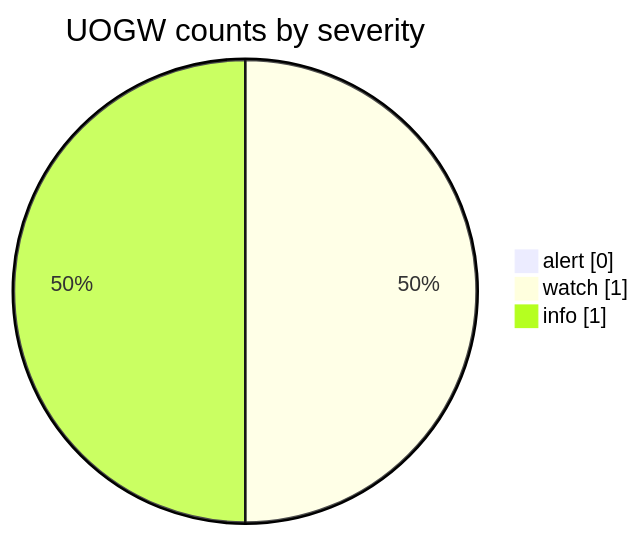
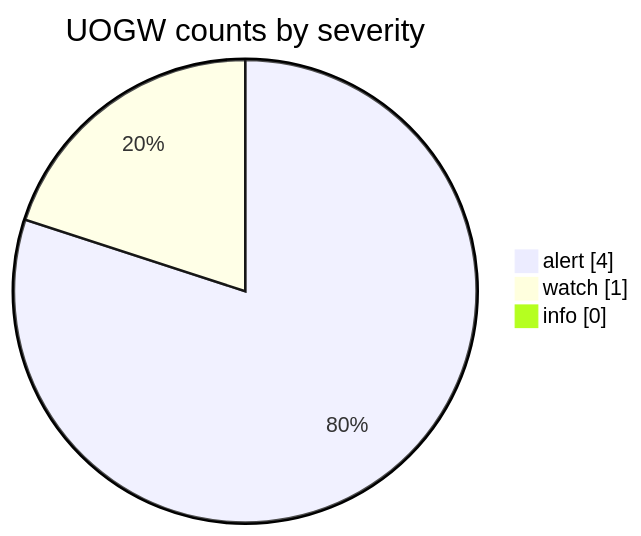
One commit to Midwest-Stratospheric/aerostratospheric-defense-gir changed the fourth of 6 diagrams in docs/GRAPHS.md. Above: the diagram before and after it, drawn with Mermaid. The commit also changed other lines of this file and 25 other files, not shown here.

````diff
--- a/docs/GRAPHS.md
+++ b/docs/GRAPHS.md
@@ -66,7 +66,7 @@
 ```mermaid
 pie showData
   title UOGW counts by severity
-  "alert" : 0
+  "alert" : 4
   "watch" : 1
-  "info" : 1
+  "info" : 0
 ```
````
